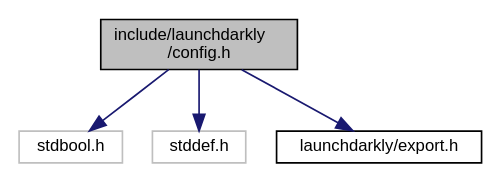
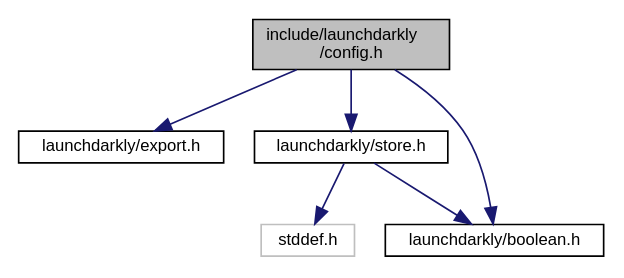
One commit to launchdarkly/c-server-sdk changed the diagram in config_8h__incl.dot. Above: the diagram before and after it, drawn with Graphviz. The commit also changed 109 other files, not shown here.

```diff
--- a/config_8h__incl.dot
+++ b/config_8h__incl.dot
@@ -1,12 +1,15 @@
 digraph "include/launchdarkly/config.h"
 {
   edge [fontname="Helvetica",fontsize="10",labelfontname="Helvetica",labelfontsize="10"];
   node [fontname="Helvetica",fontsize="10",shape=record];
   Node0 [label="include/launchdarkly\l/config.h",height=0.2,width=0.4,color="black", fillcolor="grey75", style="filled", fontcolor="black"];
   Node0 -> Node1 [color="midnightblue",fontsize="10",style="solid",fontname="Helvetica"];
-  Node1 [label="stdbool.h",height=0.2,width=0.4,color="grey75", fillcolor="white", style="filled"];
+  Node1 [label="launchdarkly/export.h",height=0.2,width=0.4,color="black", fillcolor="white", style="filled",URL="$export_8h.html",tooltip="Public. Configuration of exported symbols. "];
   Node0 -> Node2 [color="midnightblue",fontsize="10",style="solid",fontname="Helvetica"];
-  Node2 [label="stddef.h",height=0.2,width=0.4,color="grey75", fillcolor="white", style="filled"];
-  Node0 -> Node3 [color="midnightblue",fontsize="10",style="solid",fontname="Helvetica"];
-  Node3 [label="launchdarkly/export.h",height=0.2,width=0.4,color="black", fillcolor="white", style="filled",URL="$export_8h.html",tooltip="Public. Configuration of exported symbols. "];
+  Node2 [label="launchdarkly/store.h",height=0.2,width=0.4,color="black", fillcolor="white", style="filled",URL="$store_8h.html",tooltip="Public API Interface for Store implementatons. "];
+  Node2 -> Node3 [color="midnightblue",fontsize="10",style="solid",fontname="Helvetica"];
+  Node3 [label="stddef.h",height=0.2,width=0.4,color="grey75", fillcolor="white", style="filled"];
+  Node2 -> Node4 [color="midnightblue",fontsize="10",style="solid",fontname="Helvetica"];
+  Node4 [label="launchdarkly/boolean.h",height=0.2,width=0.4,color="black", fillcolor="white", style="filled",URL="$boolean_8h.html",tooltip="A custom c89 boolean type. "];
+  Node0 -> Node4 [color="midnightblue",fontsize="10",style="solid",fontname="Helvetica"];
 }
```
